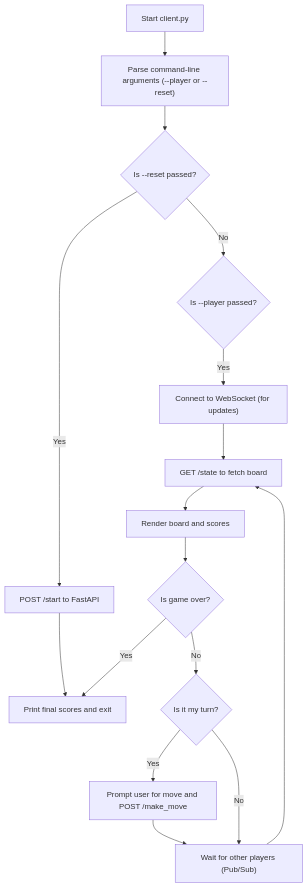
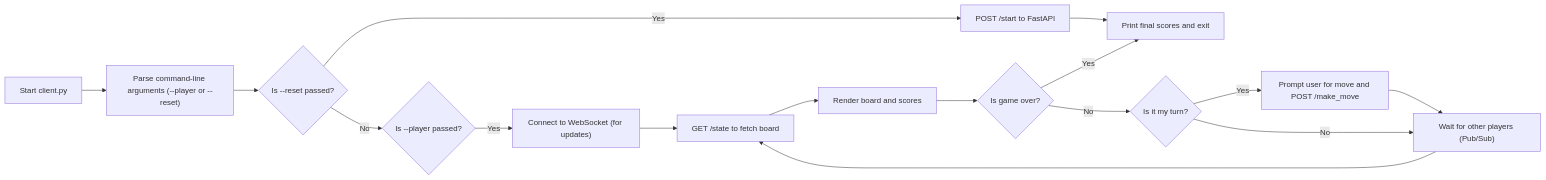
One commit to ninjamar/lvgai-scrabble changed the diagram in diagrams/client.mmd. Above: the diagram before and after it, drawn with Mermaid. The commit also changed 11 other files, not shown here.

```diff
--- a/diagrams/client.mmd
+++ b/diagrams/client.mmd
@@ -1,27 +1,20 @@
-flowchart TD
-    Start["Start client.py"]
-    ParseArgs["Parse command-line arguments (--player or --reset)"]
-    ResetGame{"Is --reset passed?"}
-    StartGame["POST /start to FastAPI"]
-    PlayerMode{"Is --player passed?"}
-    Connect["Connect to WebSocket (for updates)"]
-    FetchState["GET /state to fetch board"]
-    RenderBoard["Render board and scores"]
-    IsTurn{"Is it my turn?"}
-    PlayMove["Prompt user for move and POST /make_move"]
-    WaitUpdate["Wait for other players (Pub/Sub)"]
-    GameOver{"Is game over?"}
-    PrintFinal["Print final scores and exit"]
-
-    Start --> ParseArgs
-    ParseArgs --> ResetGame
-    ResetGame -->|Yes| StartGame --> PrintFinal
-    ResetGame -->|No| PlayerMode
-    PlayerMode -->|Yes| Connect --> FetchState
-    FetchState --> RenderBoard
-    RenderBoard --> GameOver
-    GameOver -->|Yes| PrintFinal
-    GameOver -->|No| IsTurn
-    IsTurn -->|Yes| PlayMove --> WaitUpdate
-    IsTurn -->|No| WaitUpdate
+---
+config:
+  layout: dagre
+---
+flowchart LR
+    Start["Start client.py"] --> ParseArgs["Parse command-line arguments (--player or --reset)"]
+    ParseArgs --> ResetGame{"Is --reset passed?"}
+    ResetGame -- Yes --> StartGame["POST /start to FastAPI"]
+    StartGame --> PrintFinal["Print final scores and exit"]
+    ResetGame -- No --> PlayerMode{"Is --player passed?"}
+    PlayerMode -- Yes --> Connect["Connect to WebSocket (for updates)"]
+    Connect --> FetchState["GET /state to fetch board"]
+    FetchState --> RenderBoard["Render board and scores"]
+    RenderBoard --> GameOver{"Is game over?"}
+    GameOver -- Yes --> PrintFinal
+    GameOver -- No --> IsTurn{"Is it my turn?"}
+    IsTurn -- Yes --> PlayMove["Prompt user for move and POST /make_move"]
+    PlayMove --> WaitUpdate["Wait for other players (Pub/Sub)"]
+    IsTurn -- No --> WaitUpdate
     WaitUpdate --> FetchState
```
